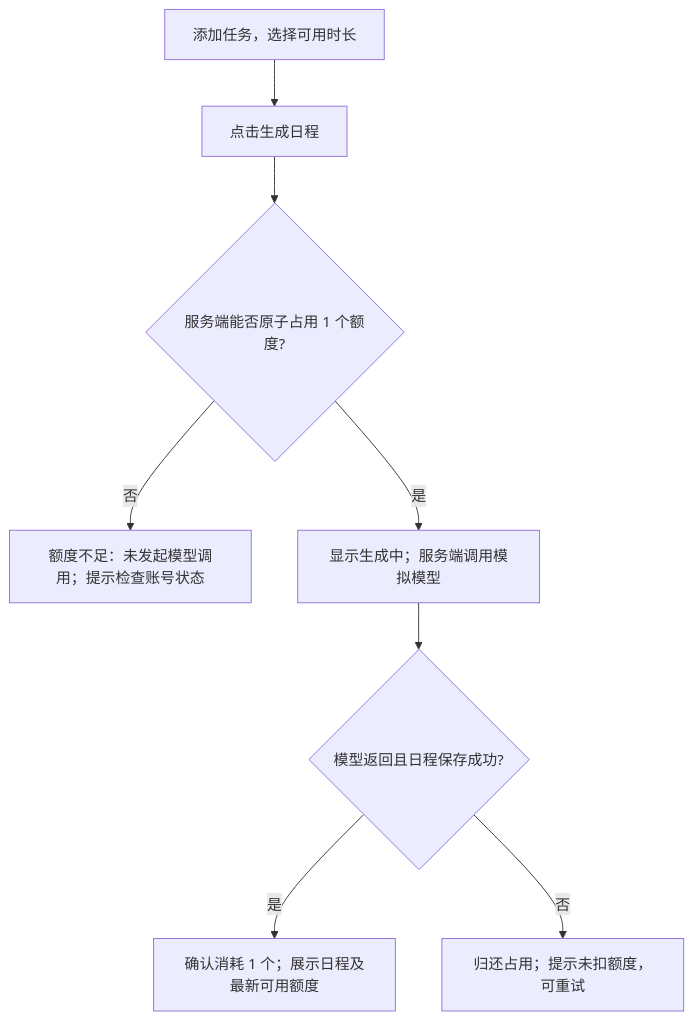
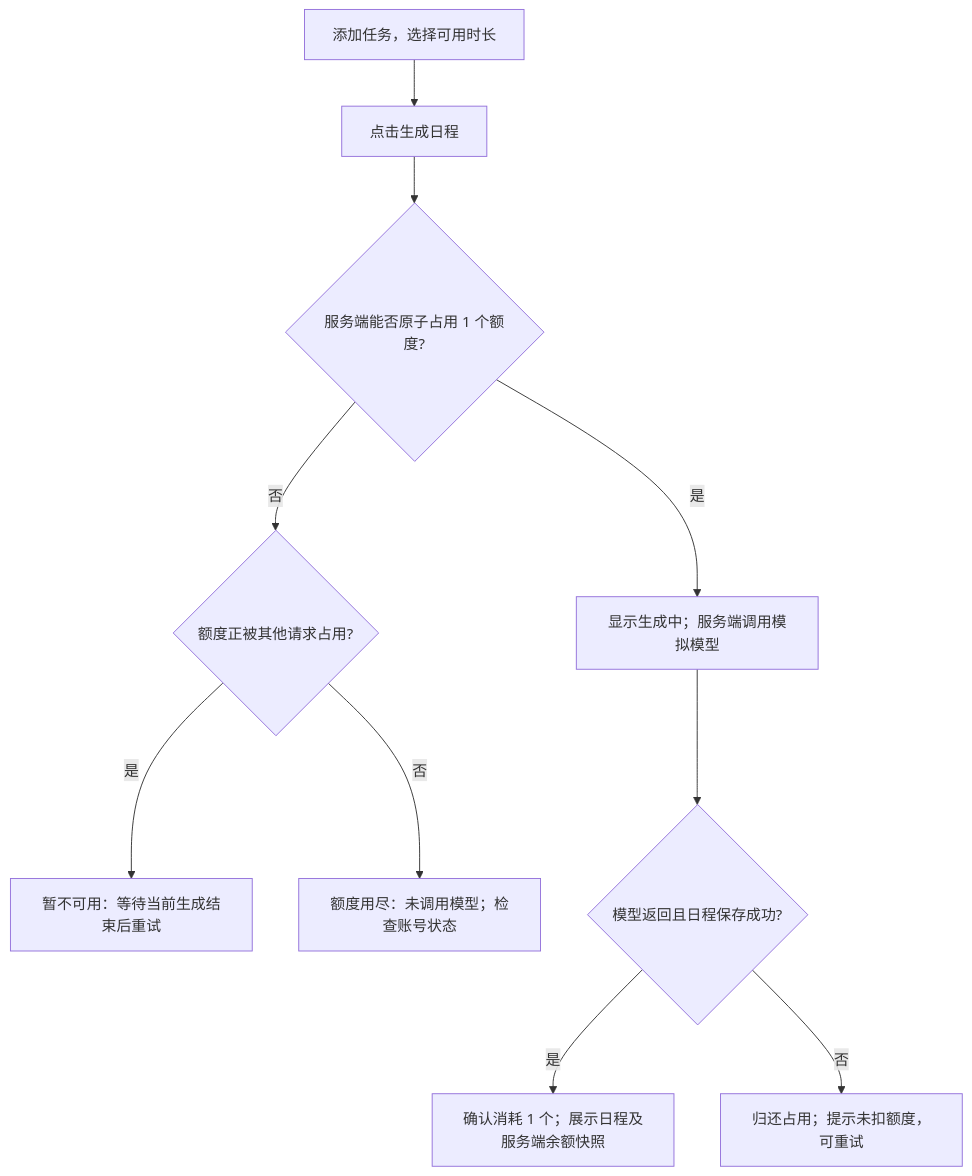
The diagram in PRODUCT_SPEC.md (bybzhwbzhh88/task-planner-interview), drawn with Mermaid before and after one commit. The commit also changed other lines of this file, not shown here.

````diff
--- a/PRODUCT_SPEC.md
+++ b/PRODUCT_SPEC.md
@@ -30,10 +33,12 @@
 ```mermaid
 flowchart TD
     A[添加任务，选择可用时长] --> B[点击生成日程]
     B --> C{服务端能否原子占用 1 个额度?}
-    C -- 否 --> D[额度不足：未发起模型调用；提示检查账号状态]
-    C -- 是 --> E[显示生成中；服务端调用模拟模型]
-    E --> F{模型返回且日程保存成功?}
-    F -- 是 --> G[确认消耗 1 个；展示日程及最新可用额度]
-    F -- 否 --> H[归还占用；提示未扣额度，可重试]
+    C -- 否 --> D{额度正被其他请求占用?}
+    D -- 是 --> E[暂不可用：等待当前生成结束后重试]
+    D -- 否 --> F[额度用尽：未调用模型；检查账号状态]
+    C -- 是 --> G[显示生成中；服务端调用模拟模型]
+    G --> H{模型返回且日程保存成功?}
+    H -- 是 --> I[确认消耗 1 个；展示日程及服务端余额快照]
+    H -- 否 --> J[归还占用；提示未扣额度，可重试]
 ```
````
